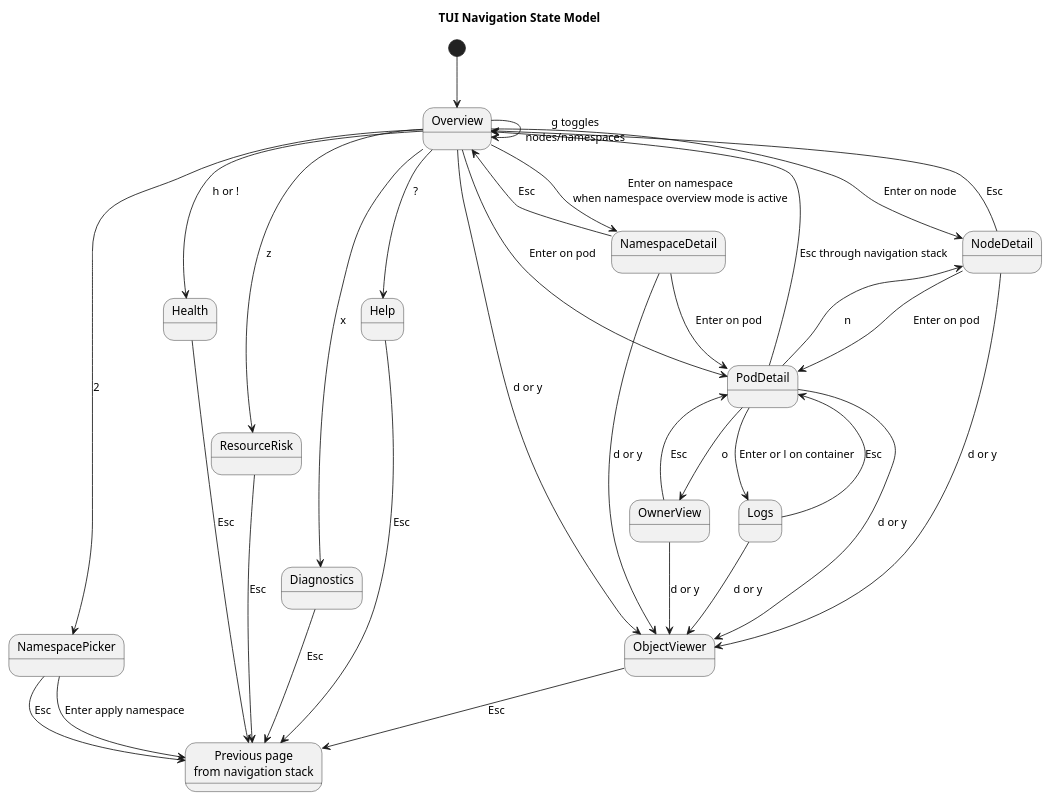
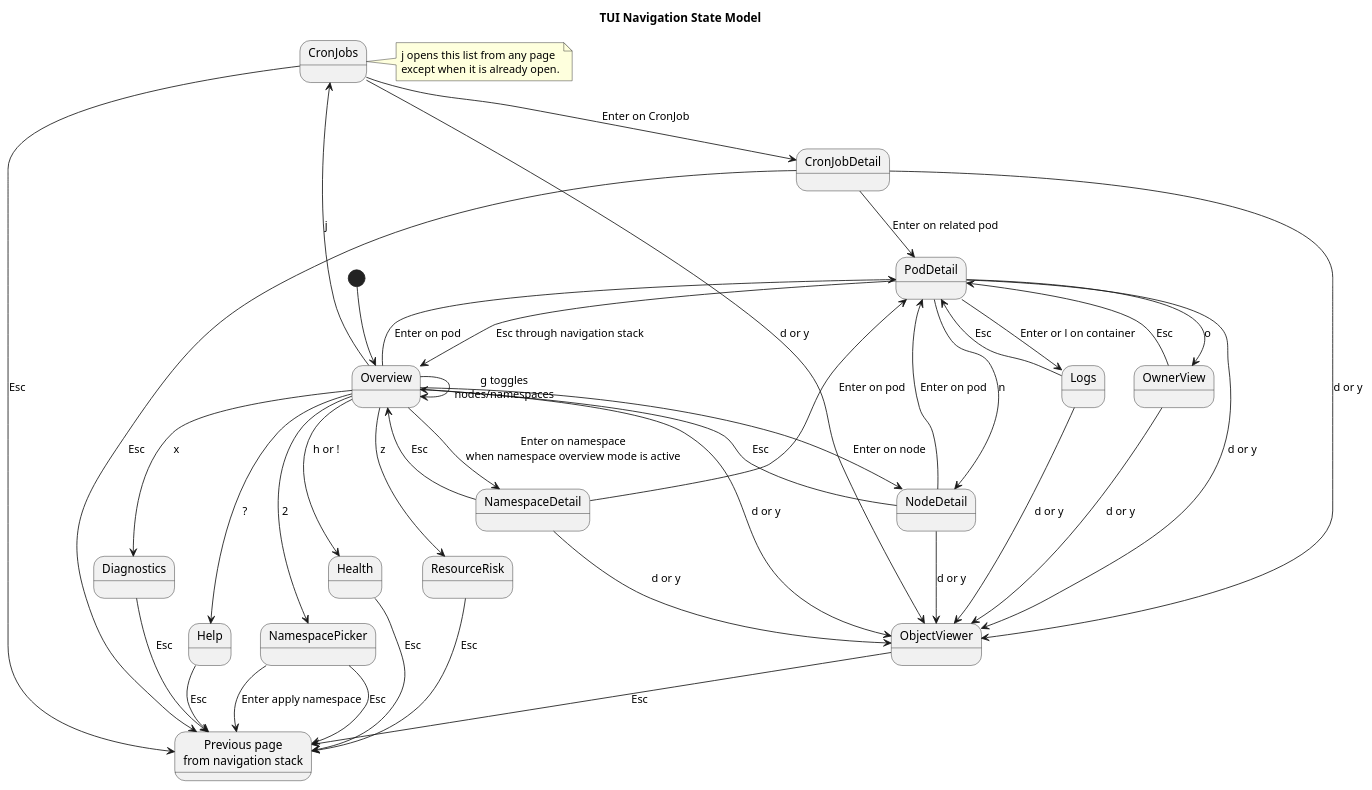
One commit to dtarasov7/ktop-py changed the diagram in diagramms/tui-navigation.puml. Above: the diagram before and after it, drawn with PlantUML. The commit also changed 16 other files, not shown here.

```diff
--- a/diagramms/tui-navigation.puml
+++ b/diagramms/tui-navigation.puml
@@ -1,46 +1,58 @@
 @startuml ktop_py_tui_navigation
 title TUI Navigation State Model
 
 skinparam backgroundColor white
 skinparam shadowing false
 
 [*] --> Overview
 
 Overview --> NodeDetail : Enter on node
 Overview --> NamespaceDetail : Enter on namespace\nwhen namespace overview mode is active
 Overview --> PodDetail : Enter on pod
 Overview --> NamespacePicker : 2
 Overview --> Health : h or !
 Overview --> ResourceRisk : z
 Overview --> Diagnostics : x
+Overview --> CronJobs : j
 Overview --> Help : ?
 Overview --> ObjectViewer : d or y
 Overview --> Overview : g toggles\nnodes/namespaces
 
 NodeDetail --> PodDetail : Enter on pod
 NodeDetail --> ObjectViewer : d or y
 NamespaceDetail --> PodDetail : Enter on pod
 NamespaceDetail --> ObjectViewer : d or y
 PodDetail --> Logs : Enter or l on container
 PodDetail --> NodeDetail : n
 PodDetail --> OwnerView : o
 PodDetail --> ObjectViewer : d or y
 Logs --> ObjectViewer : d or y
 OwnerView --> ObjectViewer : d or y
+CronJobs --> CronJobDetail : Enter on CronJob
+CronJobs --> ObjectViewer : d or y
+CronJobDetail --> PodDetail : Enter on related pod
+CronJobDetail --> ObjectViewer : d or y
+
+note right of CronJobs
+  j opens this list from any page
+  except when it is already open.
+end note
 
 state "Previous page\nfrom navigation stack" as PreviousPage
 
 NamespacePicker --> PreviousPage : Enter apply namespace
 NamespacePicker --> PreviousPage : Esc
 Health --> PreviousPage : Esc
 ResourceRisk --> PreviousPage : Esc
 Diagnostics --> PreviousPage : Esc
 Help --> PreviousPage : Esc
 ObjectViewer --> PreviousPage : Esc
+CronJobs --> PreviousPage : Esc
+CronJobDetail --> PreviousPage : Esc
 Logs --> PodDetail : Esc
 OwnerView --> PodDetail : Esc
 NodeDetail --> Overview : Esc
 NamespaceDetail --> Overview : Esc
 PodDetail --> Overview : Esc through navigation stack
 
 @enduml
```
